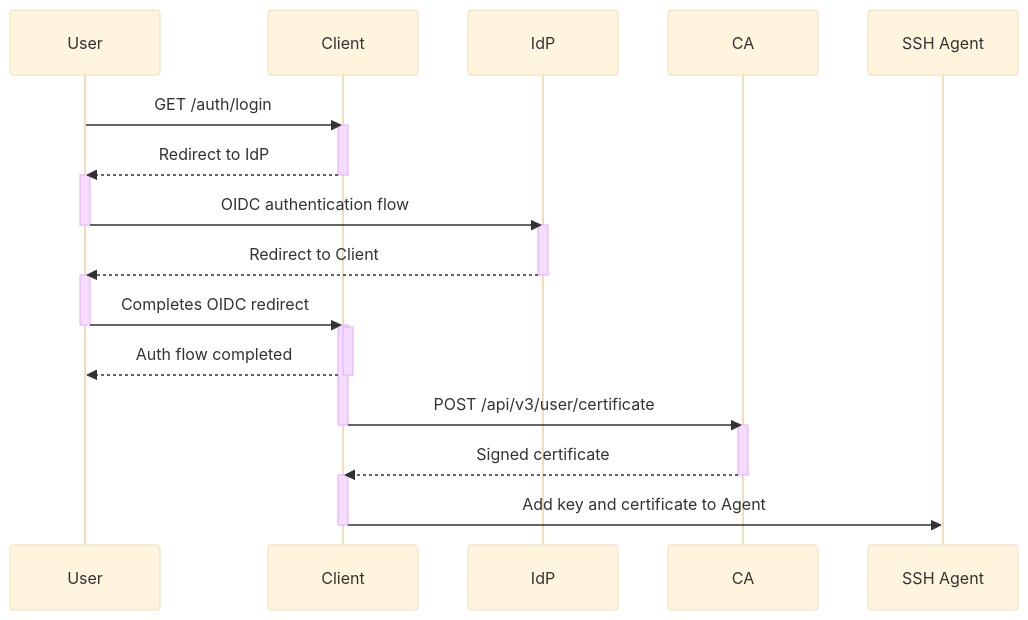
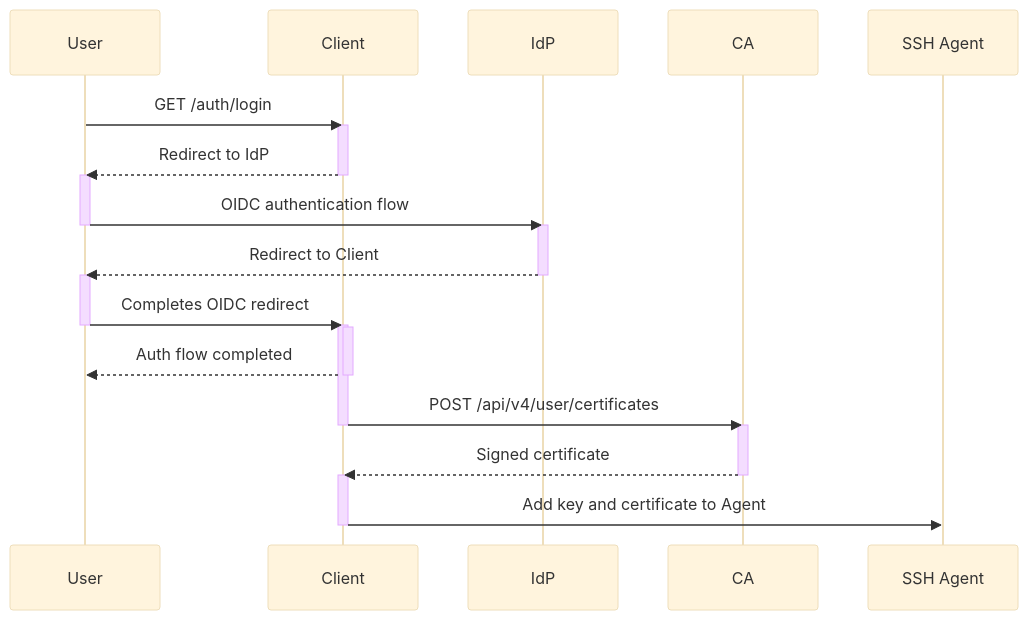
One commit to andrewheberle/serverless-ssh-ca changed the first of 4 diagrams in packages/core/README.md. Above: the diagram before and after it, drawn with Mermaid (base theme). The commit also changed other lines of this file, not shown here.

Commit message:
chore(docs): update examples in README for v4 api (#498)

````diff
--- a/packages/core/README.md
+++ b/packages/core/README.md
@@ -129,28 +129,28 @@
 ```mermaid
 sequenceDiagram
     User->>Client: GET /auth/login
     activate Client
     Client-->>User: Redirect to IdP
     deactivate Client
     activate User
     User->>IdP: OIDC authentication flow
     deactivate User
     activate IdP
     IdP-->>User: Redirect to Client
     deactivate IdP
     activate User
     User->>Client: Completes OIDC redirect
     deactivate User
     activate Client
     activate Client
     Client-->>User: Auth flow completed
     deactivate Client
-    Client->>CA: POST /api/v3/user/certificate
+    Client->>CA: POST /api/v4/user/certificates
     deactivate Client
     activate CA
     CA-->>Client: Signed certificate
     deactivate CA
     activate Client
     Client->>SSH Agent: Add key and certificate to Agent
     deactivate Client
 ```
````
